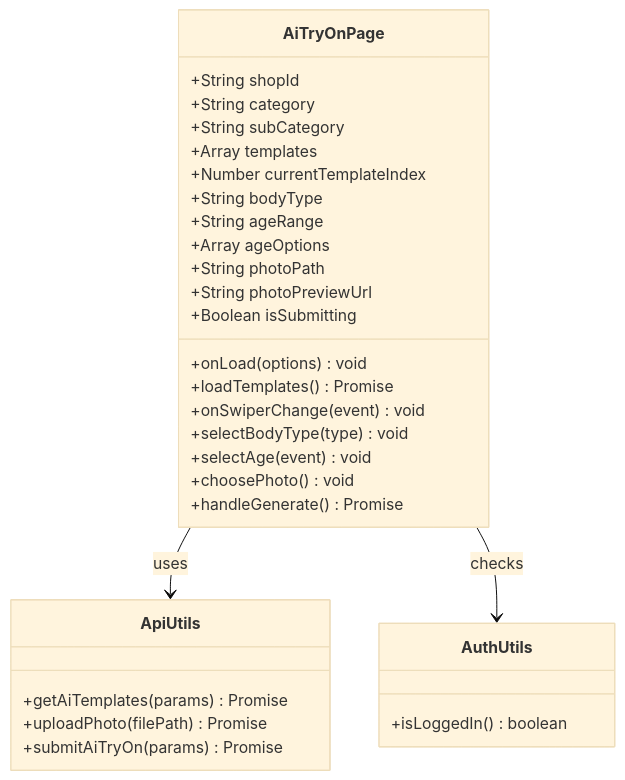
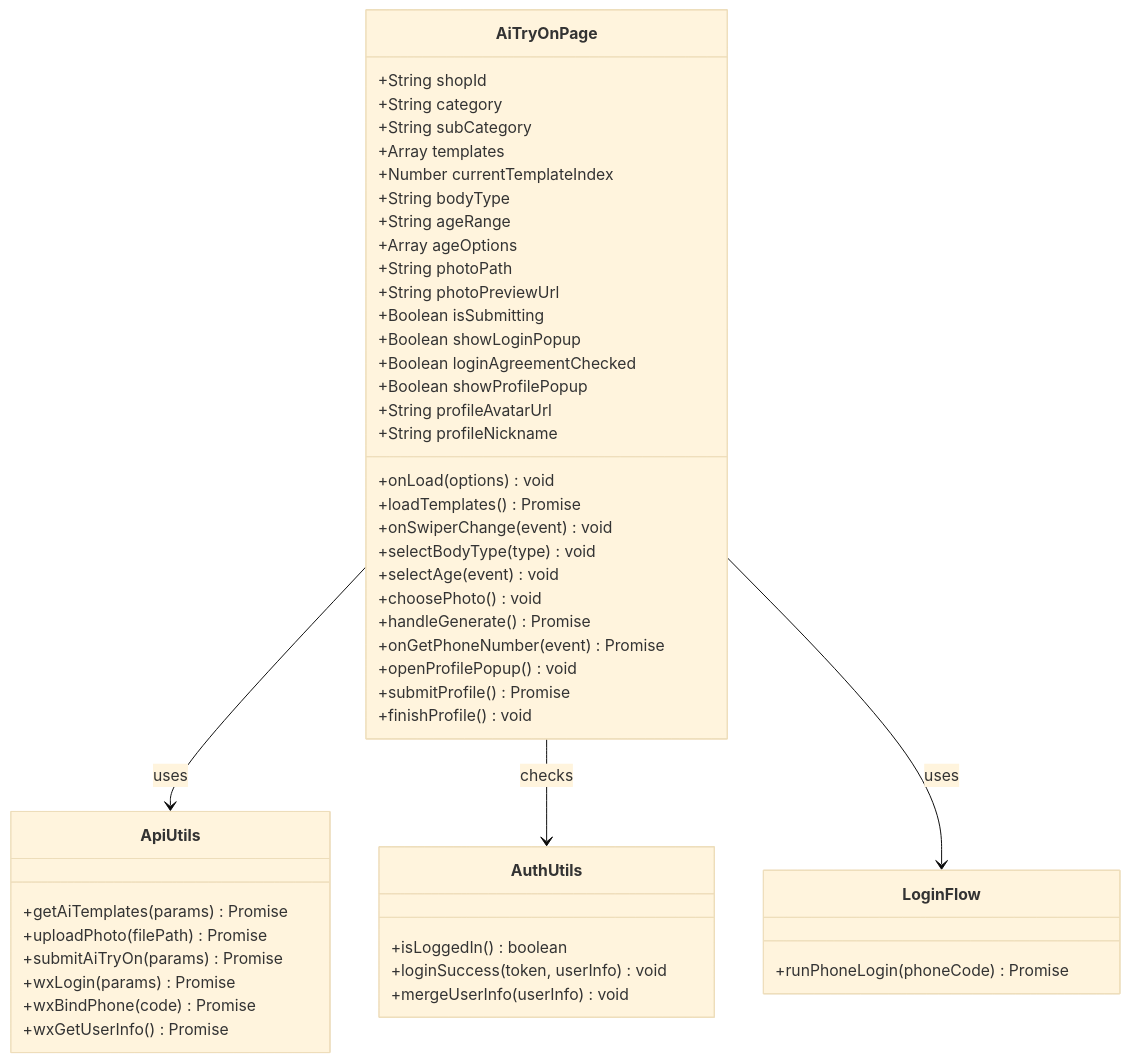
Before and after one commit to crazyma99/blueberry: the third of 18 diagrams in .qoder/repowiki/zh/content/核心功能模块/AI试衣功能.md, drawn with Mermaid (base theme). The commit also changed other lines of this file and 7 other files, not shown here.

````diff
--- a/.qoder/repowiki/zh/content/核心功能模块/AI试衣功能.md
+++ b/.qoder/repowiki/zh/content/核心功能模块/AI试衣功能.md
@@ -174,33 +258,51 @@
 ```mermaid
 classDiagram
 class AiTryOnPage {
 +String shopId
 +String category
 +String subCategory
 +Array templates
 +Number currentTemplateIndex
 +String bodyType
 +String ageRange
 +Array ageOptions
 +String photoPath
 +String photoPreviewUrl
 +Boolean isSubmitting
++Boolean showLoginPopup
++Boolean loginAgreementChecked
++Boolean showProfilePopup
++String profileAvatarUrl
++String profileNickname
 +onLoad(options) void
 +loadTemplates() Promise
 +onSwiperChange(event) void
 +selectBodyType(type) void
 +selectAge(event) void
 +choosePhoto() void
 +handleGenerate() Promise
++onGetPhoneNumber(event) Promise
++openProfilePopup() void
++submitProfile() Promise
++finishProfile() void
 }
 class ApiUtils {
 +getAiTemplates(params) Promise
 +uploadPhoto(filePath) Promise
 +submitAiTryOn(params) Promise
++wxLogin(params) Promise
++wxBindPhone(code) Promise
++wxGetUserInfo() Promise
 }
 class AuthUtils {
 +isLoggedIn() boolean
++loginSuccess(token, userInfo) void
++mergeUserInfo(userInfo) void
+}
+class LoginFlow {
++runPhoneLogin(phoneCode) Promise
 }
 AiTryOnPage --> ApiUtils : uses
 AiTryOnPage --> AuthUtils : checks
+AiTryOnPage --> LoginFlow : uses
 ```
````
